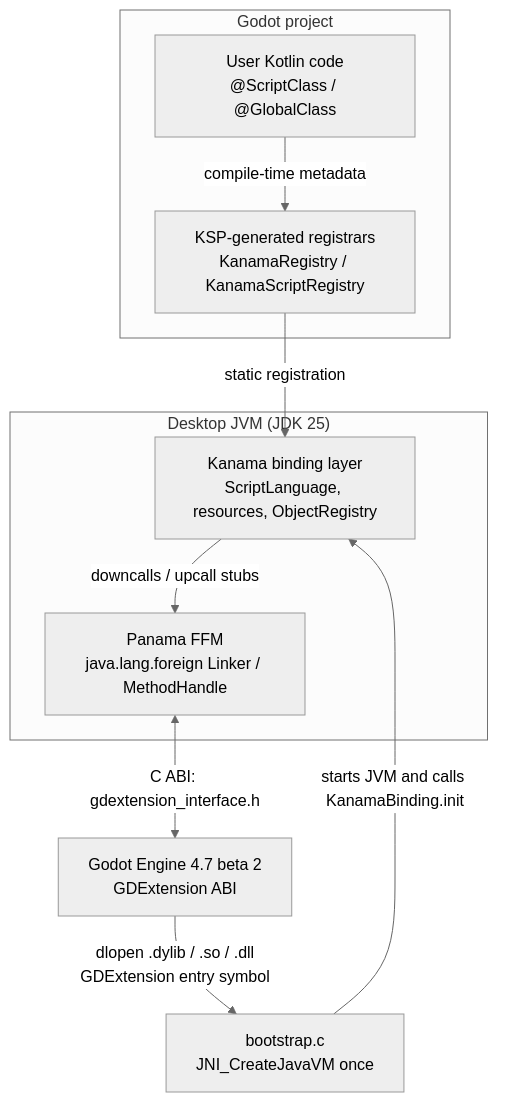
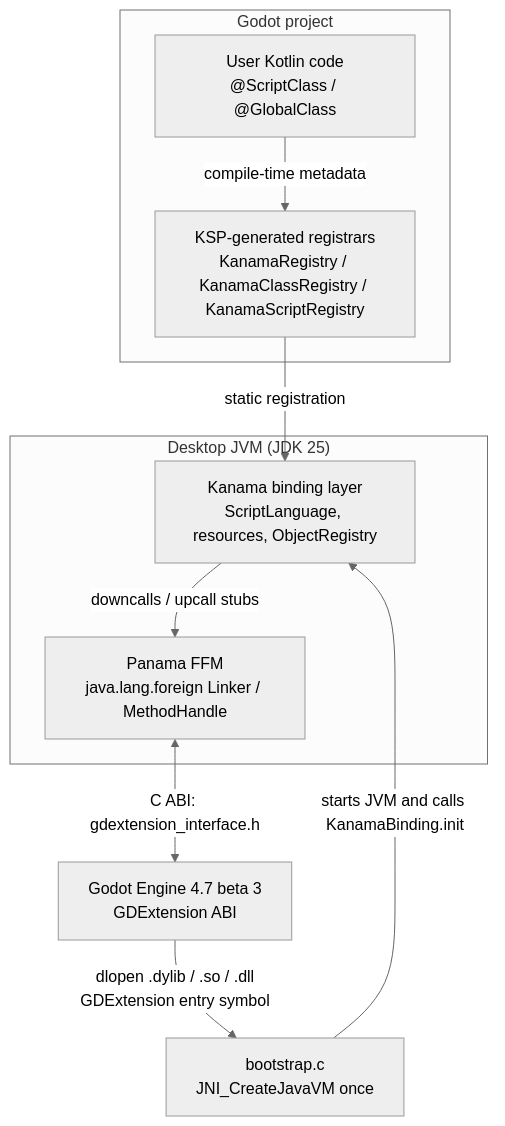
One commit to T-bond/kanama changed the first of 4 diagrams in docs/contributing/architecture.md. Above: the diagram before and after it, drawn with Mermaid (neutral theme). The commit also changed 12 other files, not shown here.

````diff
--- a/docs/contributing/architecture.md
+++ b/docs/contributing/architecture.md
@@ -14,22 +14,22 @@
 ```mermaid
 flowchart TB
     subgraph PROJECT["Godot project"]
         USER["User Kotlin code<br/>@ScriptClass / @GlobalClass"]
-        KSP["KSP-generated registrars<br/>KanamaRegistry / KanamaScriptRegistry"]
+        KSP["KSP-generated registrars<br/>KanamaRegistry / KanamaClassRegistry / KanamaScriptRegistry"]
     end
 
     subgraph JVM["Desktop JVM (JDK 25)"]
         BINDING["Kanama binding layer<br/>ScriptLanguage, resources, ObjectRegistry"]
         FFM["Panama FFM<br/>java.lang.foreign Linker / MethodHandle"]
     end
 
     BOOT["bootstrap.c<br/>JNI_CreateJavaVM once"]
-    GODOT["Godot Engine 4.7 beta 2<br/>GDExtension ABI"]
+    GODOT["Godot Engine 4.7 beta 3<br/>GDExtension ABI"]
 
     USER -->|"compile-time metadata"| KSP
     KSP -->|"static registration"| BINDING
     GODOT -->|"dlopen .dylib / .so / .dll<br/>GDExtension entry symbol"| BOOT
     BOOT -->|"starts JVM and calls KanamaBinding.init"| BINDING
     BINDING -->|"downcalls / upcall stubs"| FFM
     FFM <-->|"C ABI: gdextension_interface.h"| GODOT
 ```
````
